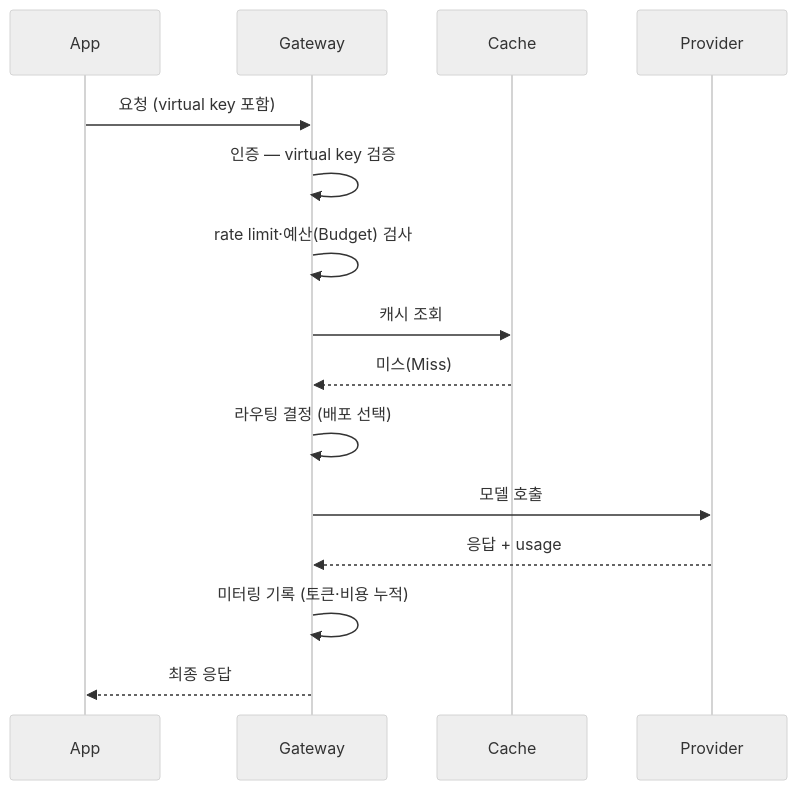
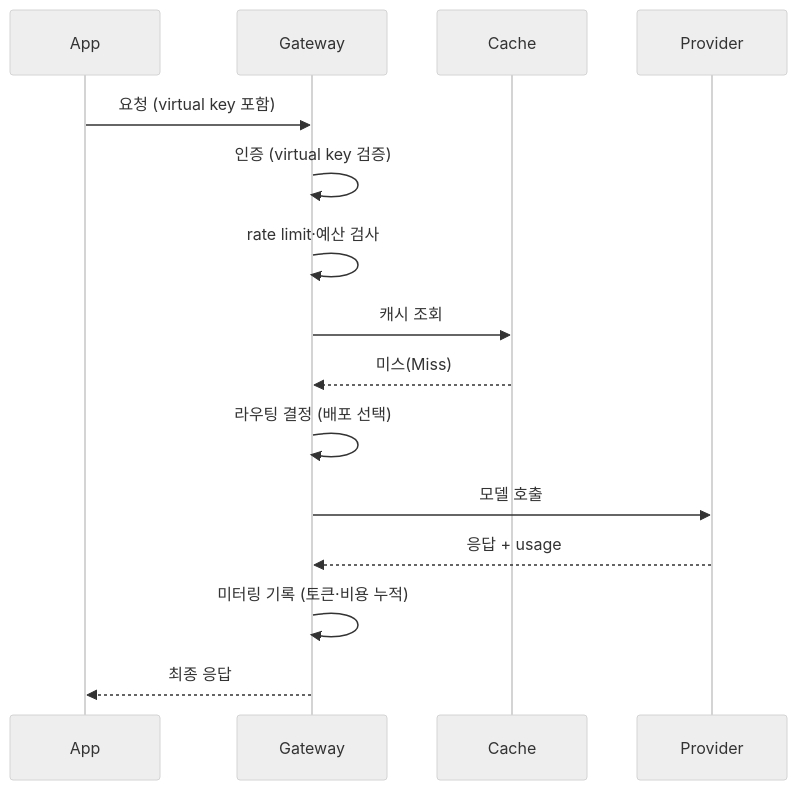
Before and after one commit to dotoryeee/blog: the second of 2 diagrams in docs/blog/posts/Cloud Infra/ai_gateway_01.md, drawn with Mermaid (neutral theme). The commit also changed other lines of this file and 2 other files, not shown here.

Commit message:
update: ai gateway series

````diff
--- a/docs/blog/posts/Cloud Infra/ai_gateway_01.md
+++ b/docs/blog/posts/Cloud Infra/ai_gateway_01.md
@@ -73,17 +73,17 @@
 ```mermaid
 sequenceDiagram
     participant App
     participant Gateway
     participant Cache
     participant Provider
     App->>Gateway: 요청 (virtual key 포함)
-    Gateway->>Gateway: 인증 — virtual key 검증
-    Gateway->>Gateway: rate limit·예산(Budget) 검사
+    Gateway->>Gateway: 인증 (virtual key 검증)
+    Gateway->>Gateway: rate limit·예산 검사
     Gateway->>Cache: 캐시 조회
     Cache-->>Gateway: 미스(Miss)
     Gateway->>Gateway: 라우팅 결정 (배포 선택)
     Gateway->>Provider: 모델 호출
     Provider-->>Gateway: 응답 + usage
     Gateway->>Gateway: 미터링 기록 (토큰·비용 누적)
     Gateway-->>App: 최종 응답
 ```
````
